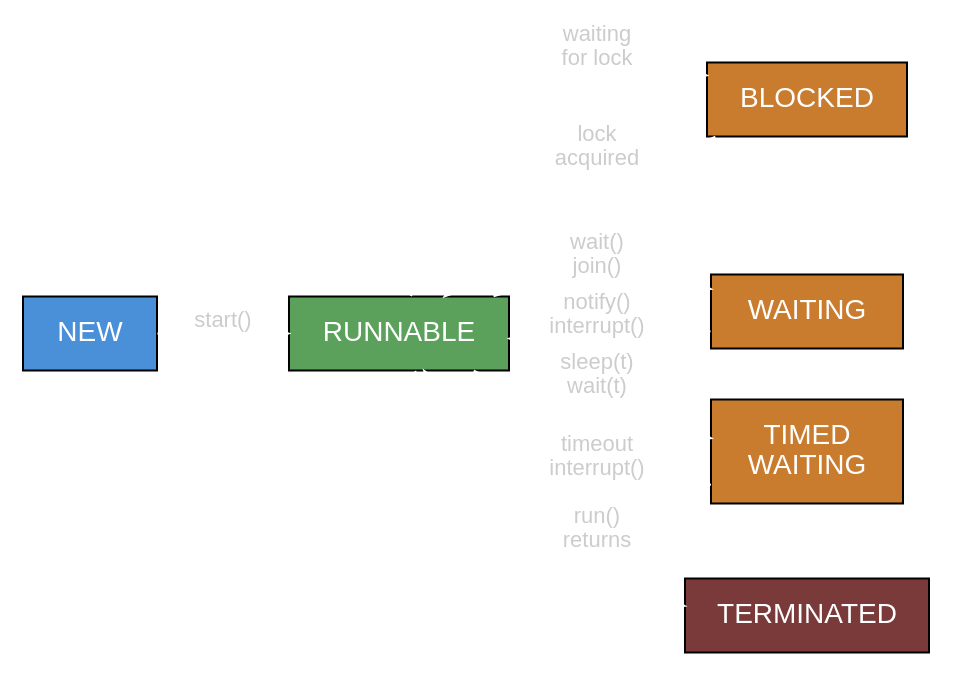
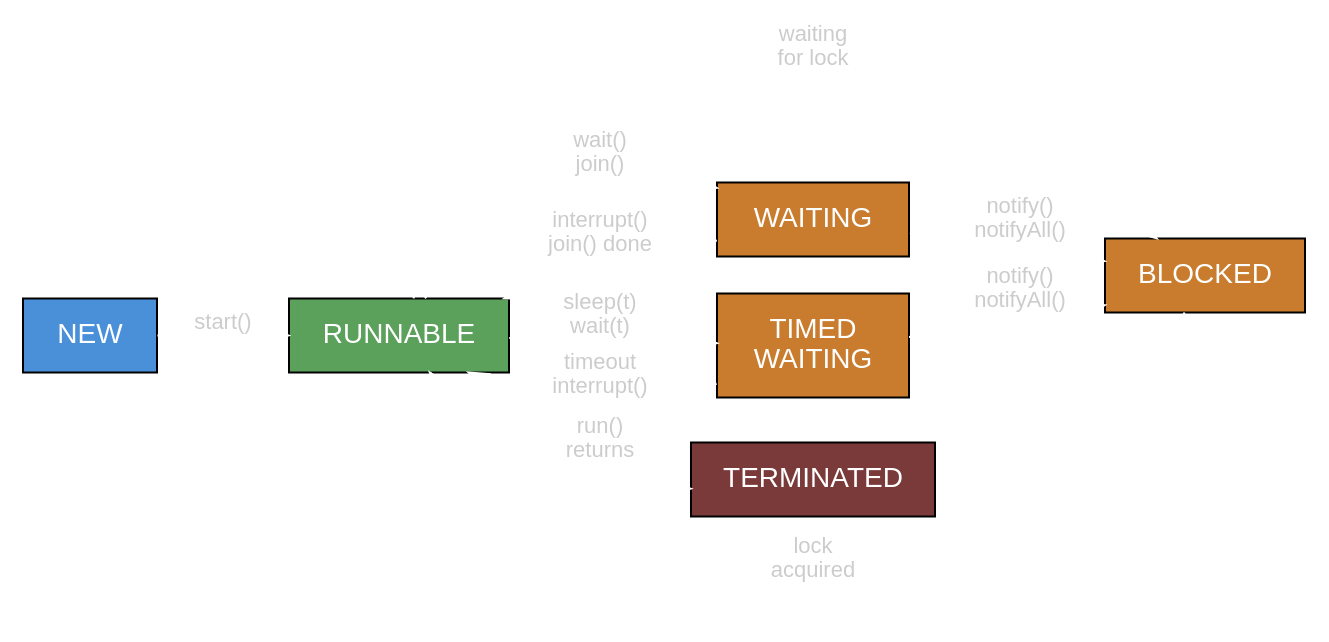
The third of 3 diagrams in slides/src/main/slides/index.adoc (symentispl/java-concurrency-primer), drawn with Graphviz before and after one commit.

Commit message:
fix: correct WAITING/TIMED_WAITING transitions — notify() goes to BLOCKED not RUNNABLE

```diff
--- a/slides/src/main/slides/index.adoc
+++ b/slides/src/main/slides/index.adoc
@@ -227,24 +227,26 @@
 [graphviz]
 ----
 digraph thread_states {
     rankdir=LR
     node [shape=rect, style=filled, fontname="sans-serif", margin="0.25,0.15"]
     edge [fontname="sans-serif", fontsize=11, color=white, fontcolor="#cccccc"]
 
     NEW          [label="NEW",          fillcolor="#4a90d9", fontcolor=white]
     RUNNABLE     [label="RUNNABLE",     fillcolor="#5ba05b", fontcolor=white]
     BLOCKED      [label="BLOCKED",      fillcolor="#c97c2e", fontcolor=white]
     WAITING      [label="WAITING",      fillcolor="#c97c2e", fontcolor=white]
     TIMED        [label="TIMED\nWAITING", fillcolor="#c97c2e", fontcolor=white]
     TERMINATED   [label="TERMINATED",   fillcolor="#7a3a3a", fontcolor=white]
 
     NEW      -> RUNNABLE   [label="start()"]
     RUNNABLE -> BLOCKED    [label="waiting\nfor lock"]
     BLOCKED  -> RUNNABLE   [label="lock\nacquired"]
     RUNNABLE -> WAITING    [label="wait()\njoin()"]
-    WAITING  -> RUNNABLE   [label="notify()\ninterrupt()"]
+    WAITING  -> BLOCKED    [label="notify()\nnotifyAll()"]
+    WAITING  -> RUNNABLE   [label="interrupt()\njoin() done"]
     RUNNABLE -> TIMED      [label="sleep(t)\nwait(t)"]
+    TIMED    -> BLOCKED    [label="notify()\nnotifyAll()"]
     TIMED    -> RUNNABLE   [label="timeout\ninterrupt()"]
     RUNNABLE -> TERMINATED [label="run()\nreturns"]
 }
 ----
```
